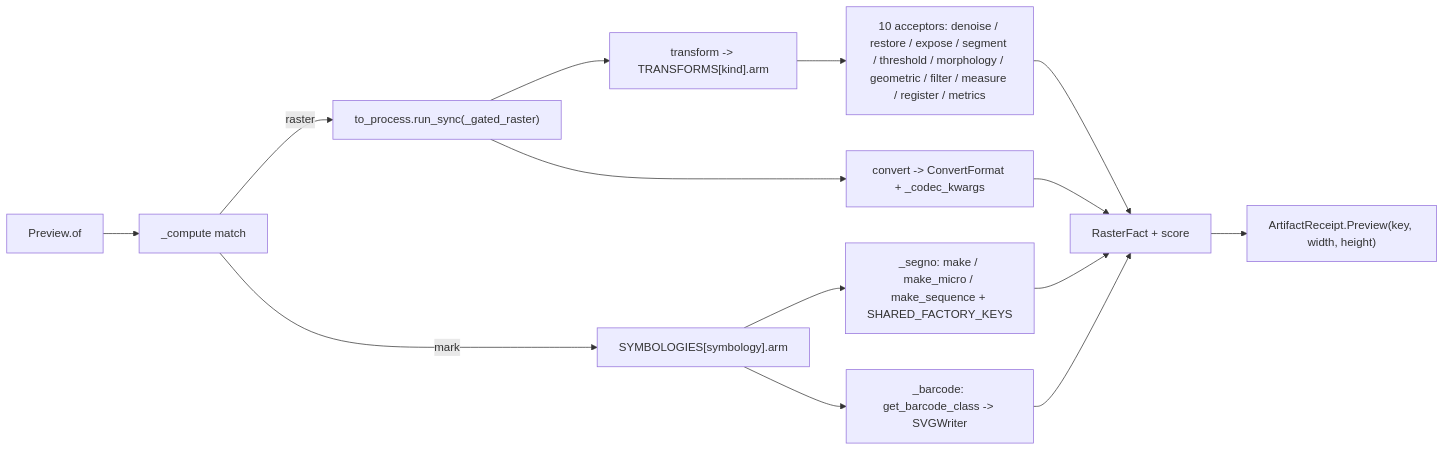
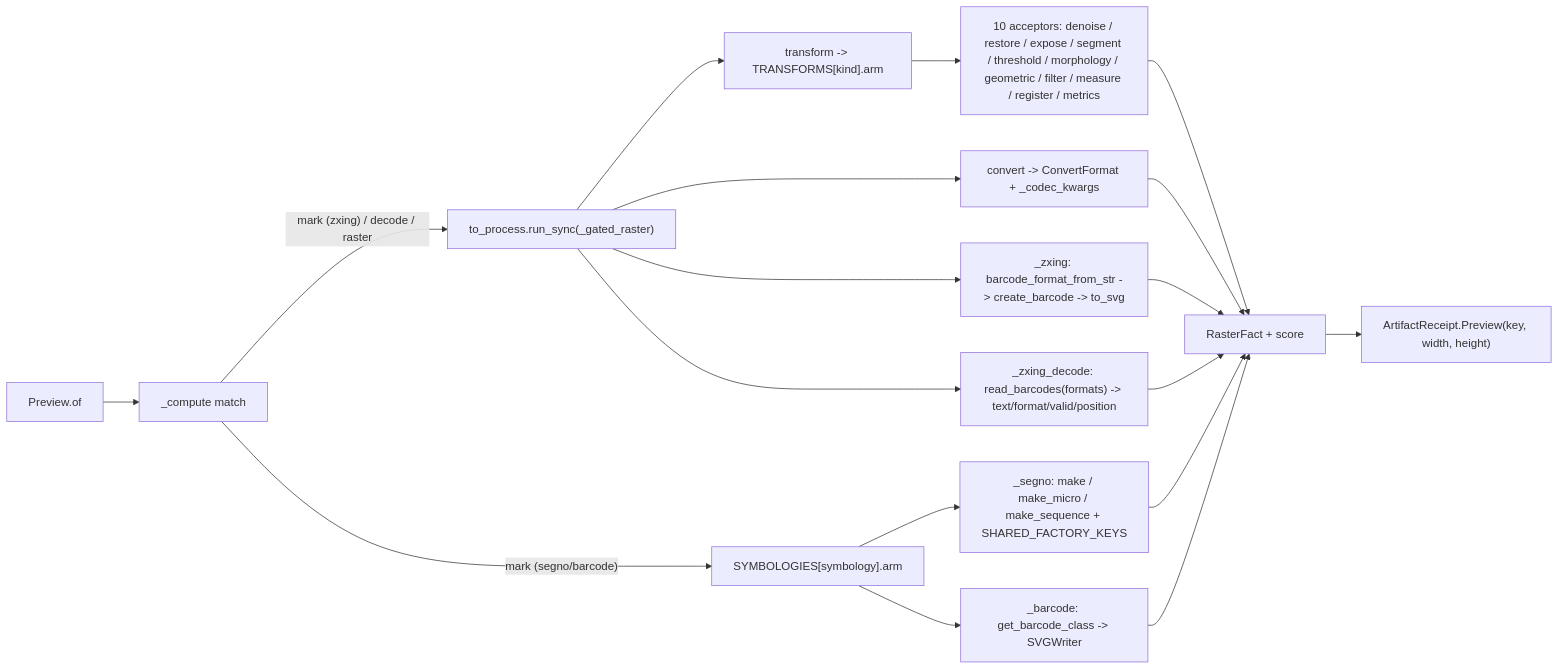
One commit to bsamiee/Rasm changed the diagram in libs/python/artifacts/.planning/figures/preview.md. Above: the diagram before and after it, drawn with Mermaid. The commit also changed other lines of this file and 4 other files, not shown here.

````diff
--- a/libs/python/artifacts/.planning/figures/preview.md
+++ b/libs/python/artifacts/.planning/figures/preview.md
@@ -535,16 +575,20 @@
 ```mermaid
 flowchart LR
     Of["Preview.of"] --> Compute["_compute match"]
-    Compute -->|"mark"| Sym["SYMBOLOGIES[symbology].arm"]
-    Compute -->|"raster"| Worker["to_process.run_sync(_gated_raster)"]
+    Compute -->|"mark (segno/barcode)"| Sym["SYMBOLOGIES[symbology].arm"]
+    Compute -->|"mark (zxing) / decode / raster"| Worker["to_process.run_sync(_gated_raster)"]
     Sym --> Qr["_segno: make / make_micro / make_sequence + SHARED_FACTORY_KEYS"]
     Sym --> Bar["_barcode: get_barcode_class -> SVGWriter"]
     Worker --> Convert["convert -> ConvertFormat + _codec_kwargs"]
     Worker --> Tx["transform -> TRANSFORMS[kind].arm"]
+    Worker --> Zx["_zxing: barcode_format_from_str -> create_barcode -> to_svg"]
+    Worker --> Dec["_zxing_decode: read_barcodes(formats) -> text/format/valid/position"]
     Tx --> Acc["10 acceptors: denoise / restore / expose / segment / threshold / morphology / geometric / filter / measure / register / metrics"]
     Acc --> Fact["RasterFact + score"]
     Convert --> Fact
+    Zx --> Fact
+    Dec --> Fact
     Qr --> Fact
     Bar --> Fact
     Fact --> Receipt["ArtifactReceipt.Preview(key, width, height)"]
 ```
````
